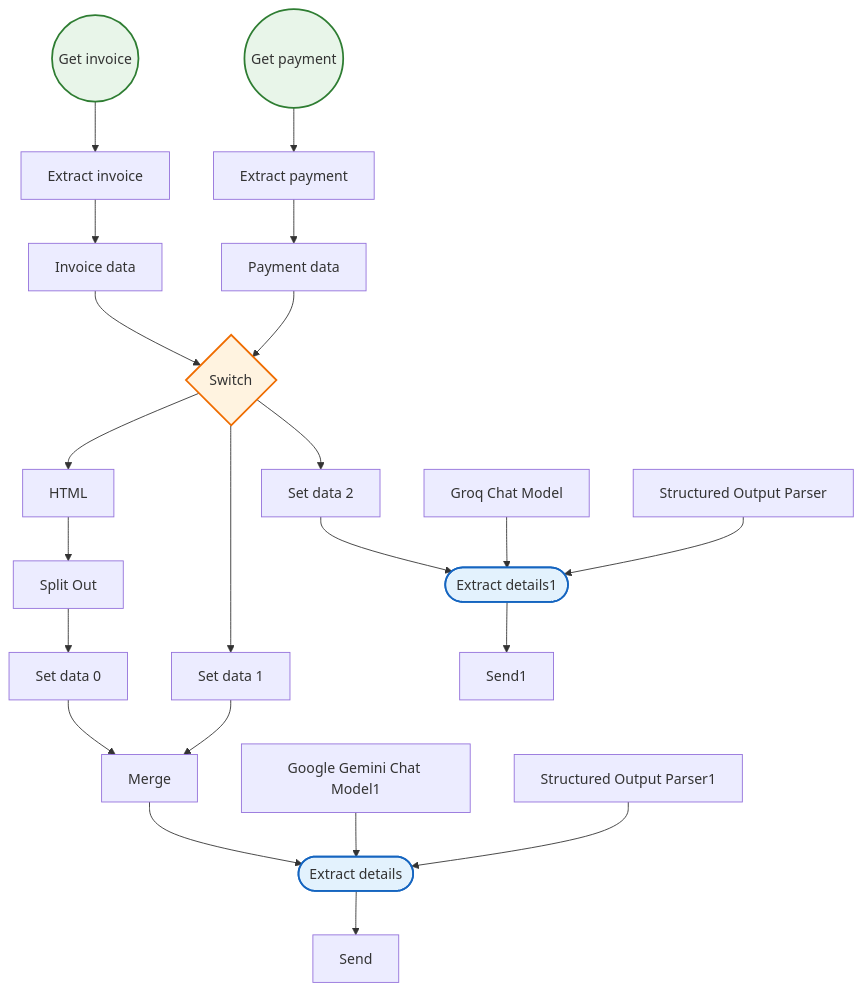
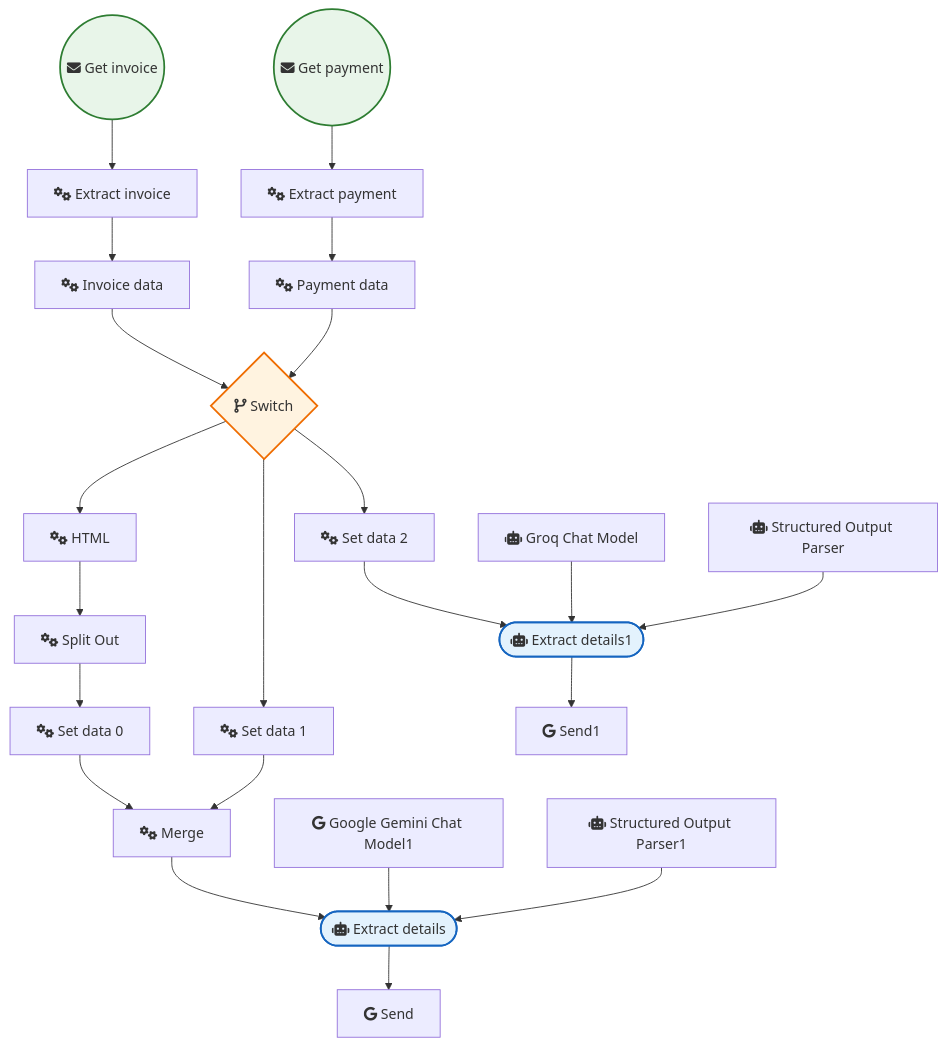
One commit to sreyash3105/N8N-DEMO-AUTOMATIONS changed the diagram in Gmail_and_Email_Automation/Extract Spend Details Template.md. Above: the diagram before and after it, drawn with Mermaid. The commit also changed 291 other files, not shown here.

````diff
--- a/Gmail_and_Email_Automation/Extract Spend Details Template.md
+++ b/Gmail_and_Email_Automation/Extract Spend Details Template.md
@@ -1,50 +1,50 @@
 ```mermaid
 graph TD
     classDef trigger fill:#e8f5e9,stroke:#2e7d32,stroke-width:2px;
     classDef ai fill:#e3f2fd,stroke:#1565c0,stroke-width:2px;
     classDef logic fill:#fff3e0,stroke:#ef6c00,stroke-width:2px;
 
-    Get_invoice(("Get invoice")):::trigger
-    Get_payment(("Get payment")):::trigger
-    Extract_invoice["Extract invoice"]
-    Extract_payment["Extract payment"]
-    HTML["HTML"]
-    Split_Out["Split Out"]
-    Structured_Output_Parser1["Structured Output Parser1"]
-    Google_Gemini_Chat_Model1["Google Gemini Chat Model1"]
-    Send["Send"]
-    Set_data_0["Set data 0"]
-    Set_data_1["Set data 1"]
-    Set_data_2["Set data 2"]
-    Invoice_data["Invoice data"]
-    Payment_data["Payment data"]
-    Switch{"Switch"}:::logic
-    Groq_Chat_Model["Groq Chat Model"]
-    Structured_Output_Parser["Structured Output Parser"]
-    Send1["Send1"]
-    Extract_details1(["Extract details1"]):::ai
-    Merge["Merge"]
-    Extract_details(["Extract details"]):::ai
+    Get_invoice(("fas:fa-envelope Get invoice")):::trigger
+    Get_payment(("fas:fa-envelope Get payment")):::trigger
+    Extract_invoice["fas:fa-cogs Extract invoice"]
+    Extract_payment["fas:fa-cogs Extract payment"]
+    HTML["fas:fa-cogs HTML"]
+    Split_Out["fas:fa-cogs Split Out"]
+    Structured_Output_Parser1["fas:fa-robot Structured Output Parser1"]
+    Google_Gemini_Chat_Model1["fab:fa-google Google Gemini Chat Model1"]
+    Send["fab:fa-google Send"]
+    Set_data_0["fas:fa-cogs Set data 0"]
+    Set_data_1["fas:fa-cogs Set data 1"]
+    Set_data_2["fas:fa-cogs Set data 2"]
+    Invoice_data["fas:fa-cogs Invoice data"]
+    Payment_data["fas:fa-cogs Payment data"]
+    Switch{"fas:fa-code-branch Switch"}:::logic
+    Groq_Chat_Model["fas:fa-robot Groq Chat Model"]
+    Structured_Output_Parser["fas:fa-robot Structured Output Parser"]
+    Send1["fab:fa-google Send1"]
+    Extract_details1(["fas:fa-robot Extract details1"]):::ai
+    Merge["fas:fa-cogs Merge"]
+    Extract_details(["fas:fa-robot Extract details"]):::ai
 
     HTML --> Split_Out
     Merge --> Extract_details
     Switch --> HTML
     Switch --> Set_data_1
     Switch --> Set_data_2
     Split_Out --> Set_data_0
     Set_data_0 --> Merge
     Set_data_1 --> Merge
     Set_data_2 --> Extract_details1
     Get_invoice --> Extract_invoice
     Get_payment --> Extract_payment
     Invoice_data --> Switch
     Payment_data --> Switch
     Extract_details --> Send
     Extract_invoice --> Invoice_data
     Extract_payment --> Payment_data
     Groq_Chat_Model --> Extract_details1
     Extract_details1 --> Send1
     Structured_Output_Parser --> Extract_details1
     Google_Gemini_Chat_Model1 --> Extract_details
     Structured_Output_Parser1 --> Extract_details
 ```
````
